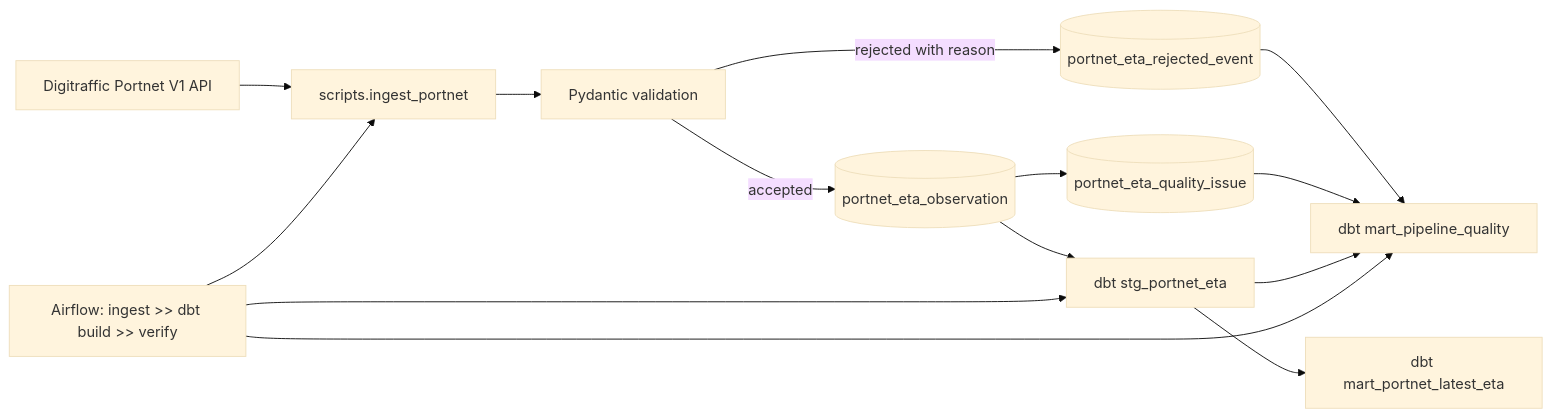
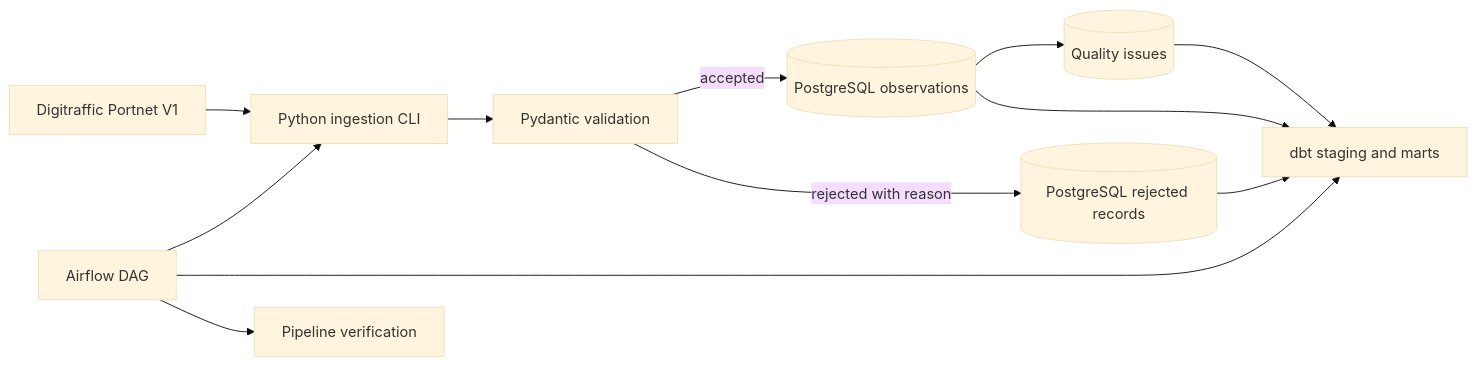
The diagram in ARCHITECTURE.md (aminnkhann/PortPulse), drawn with Mermaid (base theme) before and after one commit. The commit also changed other lines of this file and 16 other files, not shown here.

````diff
--- a/ARCHITECTURE.md
+++ b/ARCHITECTURE.md
@@ -7,16 +7,14 @@
-~~~mermaid
+```mermaid
 flowchart LR
-    API[Digitraffic Portnet V1 API] --> A[scripts.ingest_portnet]
-    A --> V[Pydantic validation]
-    V -->|accepted| O[(portnet_eta_observation)]
-    V -->|rejected with reason| R[(portnet_eta_rejected_event)]
-    O --> Q[(portnet_eta_quality_issue)]
-    O --> S[dbt stg_portnet_eta]
-    R --> H[dbt mart_pipeline_quality]
-    Q --> H
-    S --> L[dbt mart_portnet_latest_eta]
-    S --> H
-    DAG[Airflow: ingest >> dbt build >> verify] --> A
-    DAG --> S
-    DAG --> H
-~~~
+    API[Digitraffic Portnet V1] --> CLI[Python ingestion CLI]
+    CLI --> VAL[Pydantic validation]
+    VAL -->|accepted| OBS[(PostgreSQL observations)]
+    VAL -->|rejected with reason| REJ[(PostgreSQL rejected records)]
+    OBS --> ISSUE[(Quality issues)]
+    OBS --> DBT[dbt staging and marts]
+    REJ --> DBT
+    ISSUE --> DBT
+    DAG[Airflow DAG] --> CLI
+    DAG --> DBT
+    DAG --> VERIFY[Pipeline verification]
+```
````
